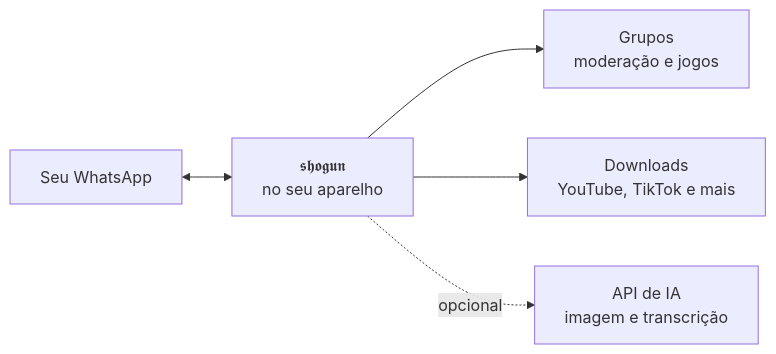
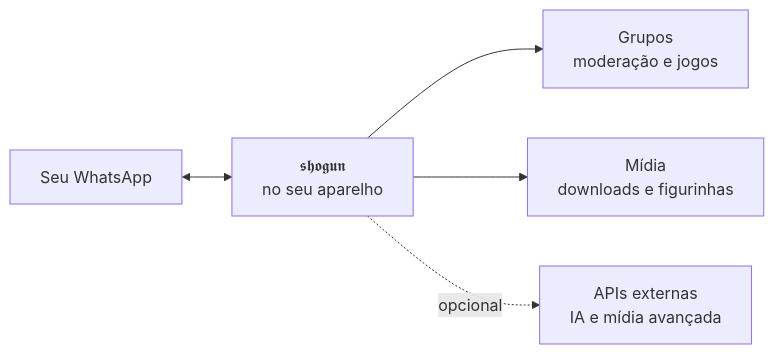
Before and after one commit to dgreych/shogun: the diagram in README.md, drawn with Mermaid. The commit also changed other lines of this file, not shown here.

````diff
--- a/README.md
+++ b/README.md
@@ -93,7 +88,7 @@
 ```mermaid
 flowchart LR
   A[Seu WhatsApp] <--> B[𝖘𝖍𝖔𝖌𝖚𝖓<br/>no seu aparelho]
   B --> C[Grupos<br/>moderação e jogos]
-  B --> D[Downloads<br/>YouTube, TikTok e mais]
-  B -.opcional.-> E[API de IA<br/>imagem e transcrição]
+  B --> D[Mídia<br/>downloads e figurinhas]
+  B -.opcional.-> E[APIs externas<br/>IA e mídia avançada]
 ```
````
